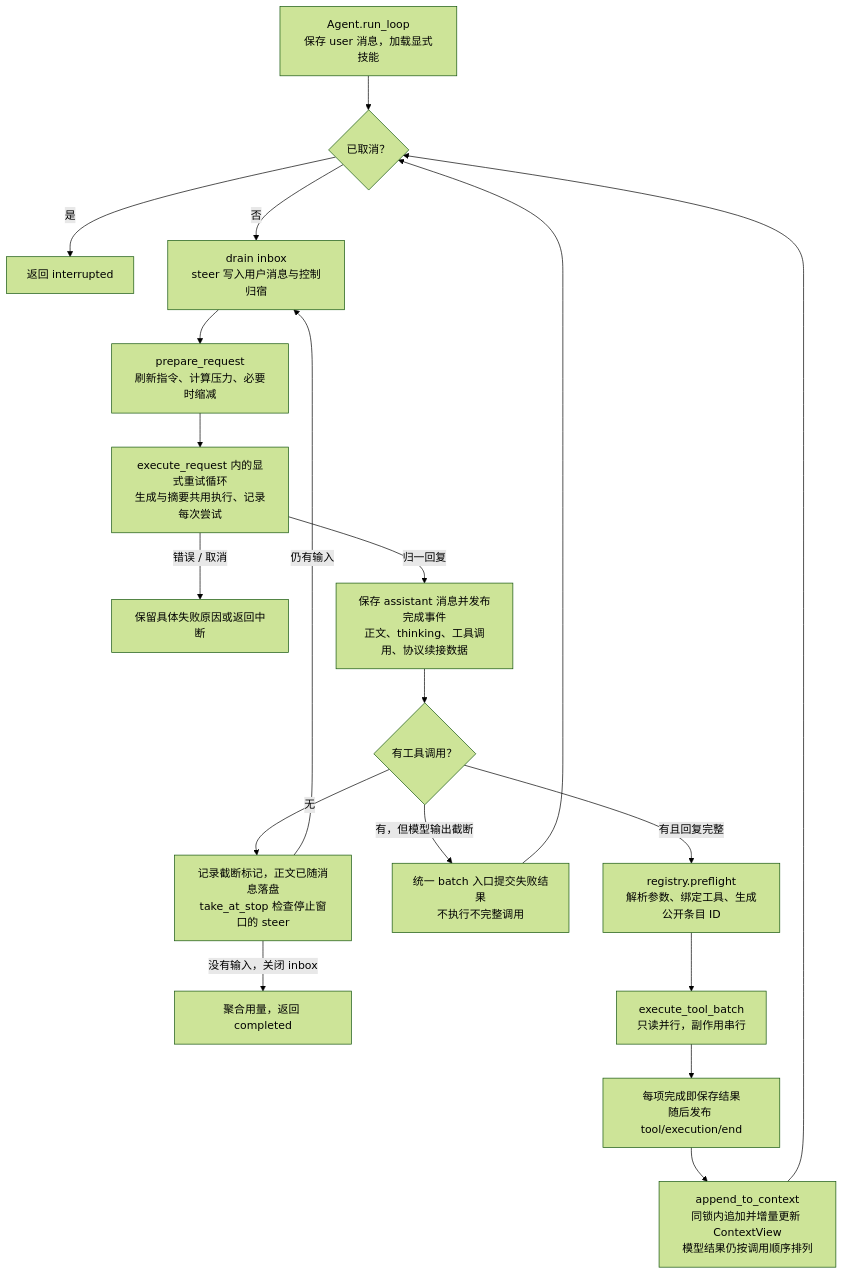
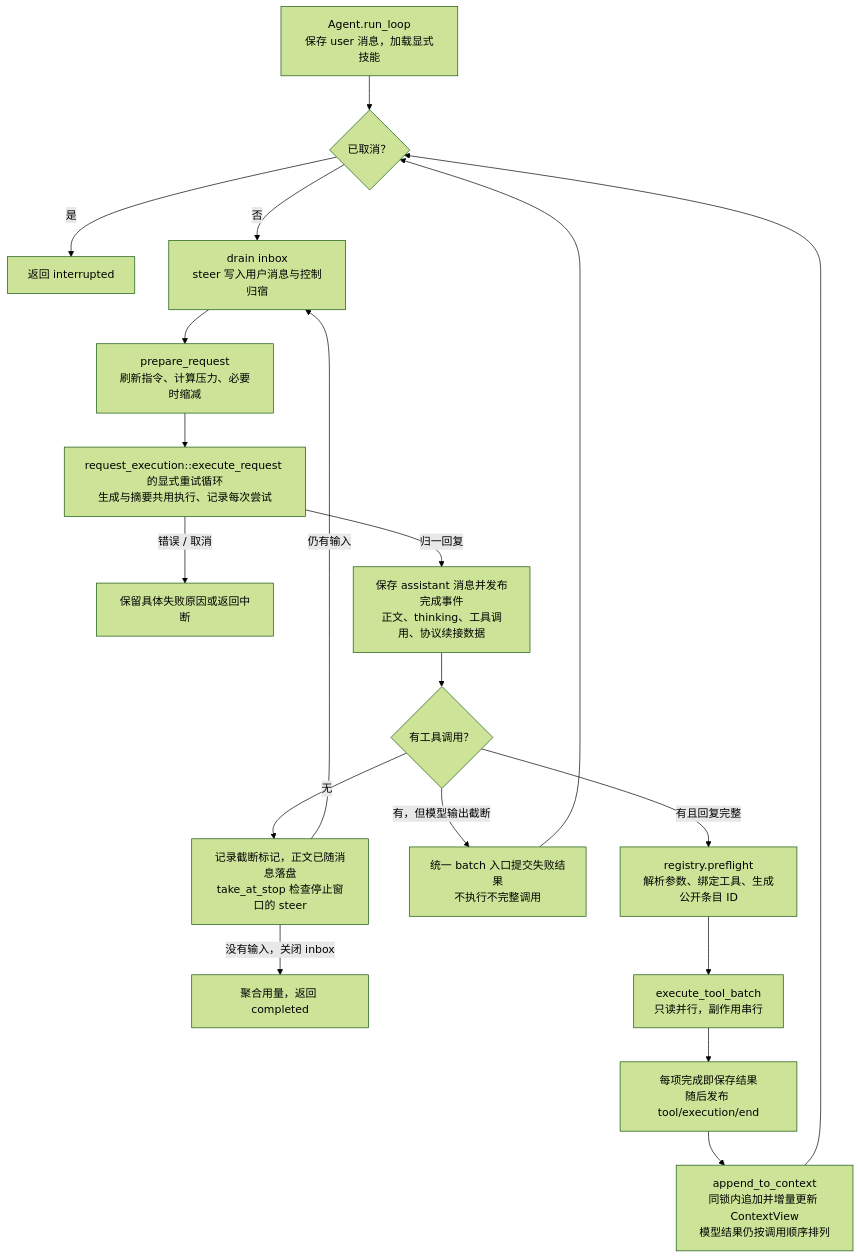
One commit to qjcnmd/singularity-agent changed diagram 14 of 29 in docs/singularity.md. Above: the diagram before and after it, drawn with Mermaid (forest theme). The commit also changed other lines of this file and 60 other files, not shown here.

````diff
--- a/docs/singularity.md
+++ b/docs/singularity.md
@@ -374,21 +374,21 @@
 ```mermaid
 flowchart TB
     Input["Agent.run_loop<br/>保存 user 消息，加载显式技能"] --> Cancel{"已取消？"}
     Cancel -->|"是"| Abort["返回 interrupted"]
     Cancel -->|"否"| Inbox["drain inbox<br/>steer 写入用户消息与控制归宿"]
     Inbox --> Prepare["prepare_request<br/>刷新指令、计算压力、必要时缩减"]
-    Prepare --> Request["execute_request 内的显式重试循环<br/>生成与摘要共用执行、记录每次尝试"]
+    Prepare --> Request["request_execution::execute_request 的显式重试循环<br/>生成与摘要共用执行、记录每次尝试"]
     Request -->|"错误 / 取消"| Failure["保留具体失败原因或返回中断"]
     Request -->|"归一回复"| Assistant["保存 assistant 消息并发布完成事件<br/>正文、thinking、工具调用、协议续接数据"]
     Assistant --> Calls{"有工具调用？"}
     Calls -->|"无"| Stop["记录截断标记，正文已随消息落盘<br/>take_at_stop 检查停止窗口的 steer"]
     Stop -->|"仍有输入"| Inbox
     Stop -->|"没有输入，关闭 inbox"| Completed["聚合用量，返回 completed"]
     Calls -->|"有，但模型输出截断"| Truncated["统一 batch 入口提交失败结果<br/>不执行不完整调用"]
     Truncated --> Cancel
     Calls -->|"有且回复完整"| Preflight["registry.preflight<br/>解析参数、绑定工具、生成公开条目 ID"]
     Preflight --> Batch["execute_tool_batch<br/>只读并行，副作用串行"]
     Batch --> Results["每项完成即保存结果<br/>随后发布 tool/execution/end"]
     Results --> Context["append_to_context<br/>同锁内追加并增量更新 ContextView<br/>模型结果仍按调用顺序排列"]
     Context --> Cancel
 ```
````
